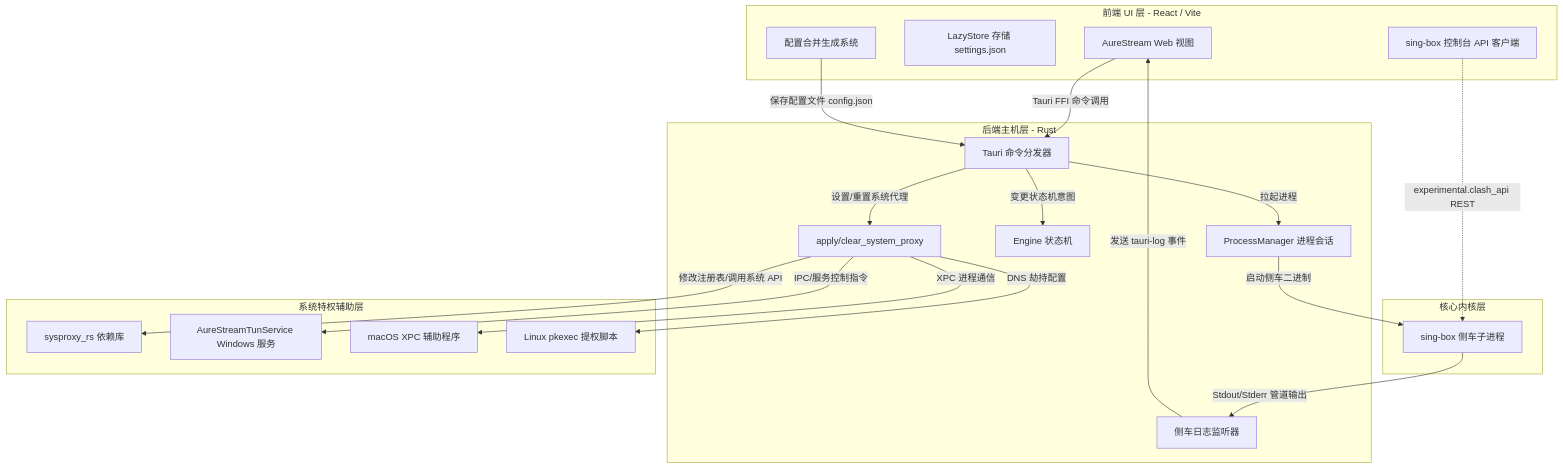
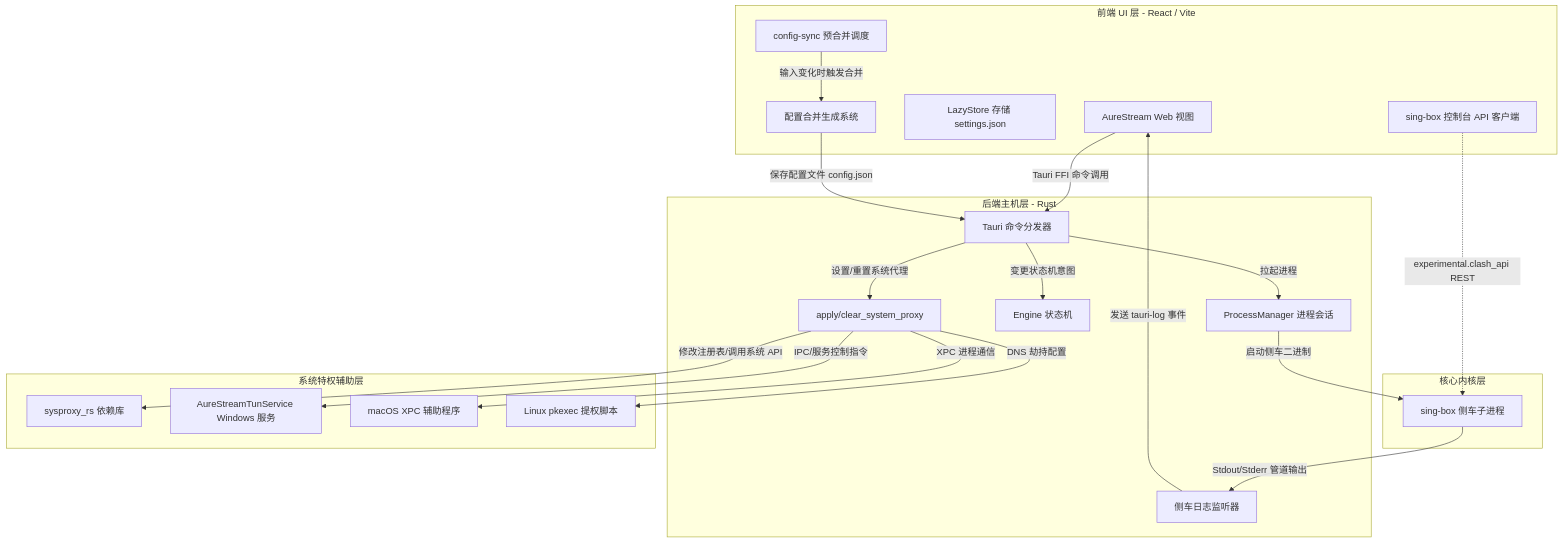
Before and after one commit to BadKid90s/AureStream: the first of 3 diagrams in docs/architecture.md, drawn with Mermaid. The commit also changed other lines of this file and 11 other files, not shown here.

First line of the commit message:
docs: sync wiki for config-sync, TUN stack, and v0.2.3 changes

````diff
--- a/docs/architecture.md
+++ b/docs/architecture.md
@@ -32,43 +32,45 @@
 ```mermaid
 graph TD
     subgraph Frontend [前端 UI 层 - React / Vite]
         UI[AureStream Web 视图]
         SStore[LazyStore 存储 settings.json]
+        ConfigSync[config-sync 预合并调度]
         Merger[配置合并生成系统]
         SingBoxAPI[sing-box 控制台 API 客户端]
     end
 
     subgraph TauriHost [后端主机层 - Rust]
         TC[Tauri 命令分发器]
         PM[ProcessManager 进程会话]
         SM[Engine 状态机]
         Mon[侧车日志监听器]
         SysProxyWrap[apply/clear_system_proxy]
     end
 
     subgraph ExternalEngine [核心内核层]
         SingBox[sing-box 侧车子进程]
     end
 
     subgraph OSHelpers [系统特权辅助层]
         SysProxyRs[sysproxy_rs 依赖库]
         TunSvc[AureStreamTunService Windows 服务]
         XPCSvc[macOS XPC 辅助程序]
         PkExec[Linux pkexec 提权脚本]
     end
 
     %% 组件交互
     UI -->|Tauri FFI 命令调用| TC
+    ConfigSync -->|输入变化时触发合并| Merger
     Merger -->|保存配置文件 config.json| TC
     TC -->|变更状态机意图| SM
     TC -->|拉起进程| PM
     PM -->|启动侧车二进制| SingBox
     SingBox -->|Stdout/Stderr 管道输出| Mon
     Mon -->|发送 tauri-log 事件| UI
     TC -->|设置/重置系统代理| SysProxyWrap
     SysProxyWrap -->|修改注册表/调用系统 API| SysProxyRs
     SysProxyWrap -->|IPC/服务控制指令| TunSvc
     SysProxyWrap -->|XPC 进程通信| XPCSvc
     SysProxyWrap -->|DNS 劫持配置| PkExec
     SingBoxAPI -.->|experimental.clash_api REST| SingBox
 ```
````
